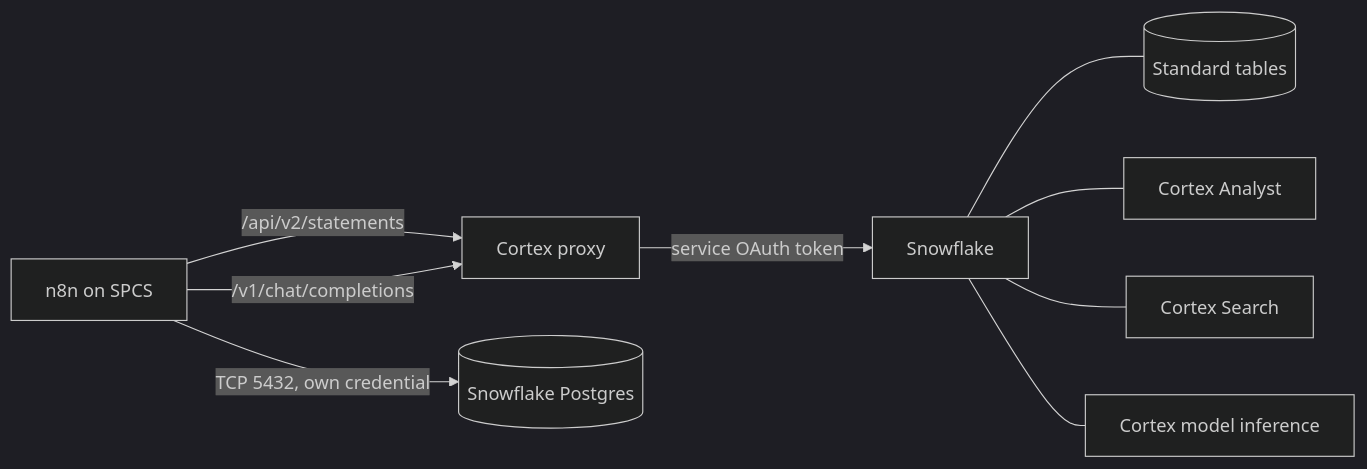
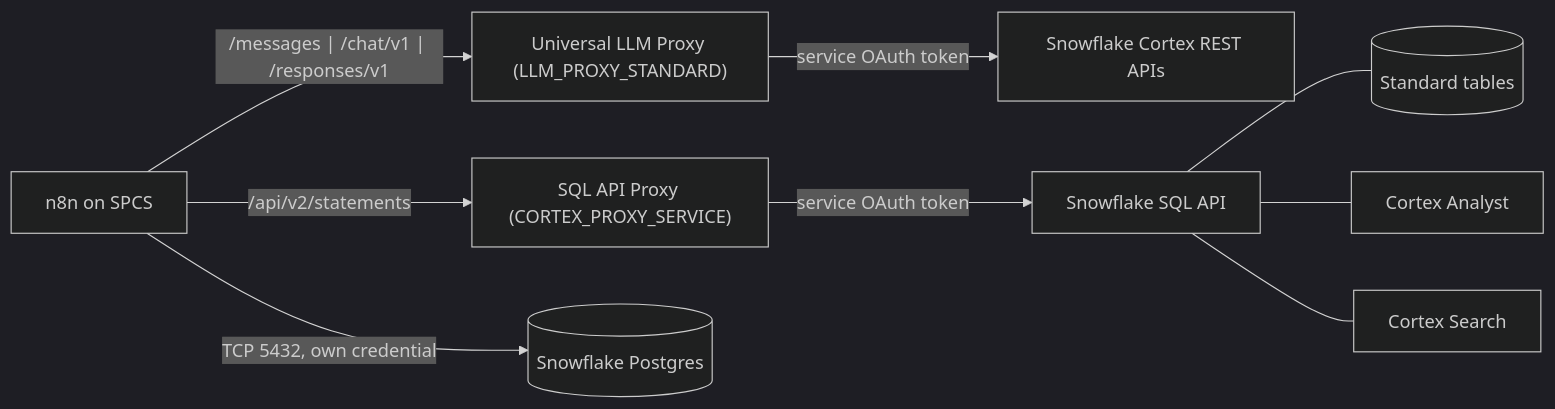
The diagram in docs/building-workflows.md (fbattaglieri-snowflake/n8n-snowflake), drawn with Mermaid (dark theme) before and after one commit. The commit also changed other lines of this file and 5 other files, not shown here.

First line of the commit message:
docs: integrate Universal Multi-API Cortex LLM Proxy and visual schematics (#27)

````diff
--- a/docs/building-workflows.md
+++ b/docs/building-workflows.md
@@ -44,11 +42,11 @@
 ```mermaid
 graph LR
-  n8n[n8n on SPCS] -->|"/api/v2/statements"| Proxy[Cortex proxy]
-  n8n -->|"/v1/chat/completions"| Proxy
+  n8n[n8n on SPCS] -->|"/messages | /chat/v1 | /responses/v1"| LLMProxy["Universal LLM Proxy (LLM_PROXY_STANDARD)"]
+  n8n -->|"/api/v2/statements"| SQLProxy["SQL API Proxy (CORTEX_PROXY_SERVICE)"]
   n8n -->|"TCP 5432, own credential"| PG[(Snowflake Postgres)]
-  Proxy -->|service OAuth token| SF[Snowflake]
+  LLMProxy -->|service OAuth token| CortexREST[Snowflake Cortex REST APIs]
+  SQLProxy -->|service OAuth token| SF[Snowflake SQL API]
   SF --- Tables[(Standard tables)]
   SF --- Analyst[Cortex Analyst]
   SF --- Search[Cortex Search]
-  SF --- Models[Cortex model inference]
 ```
````
